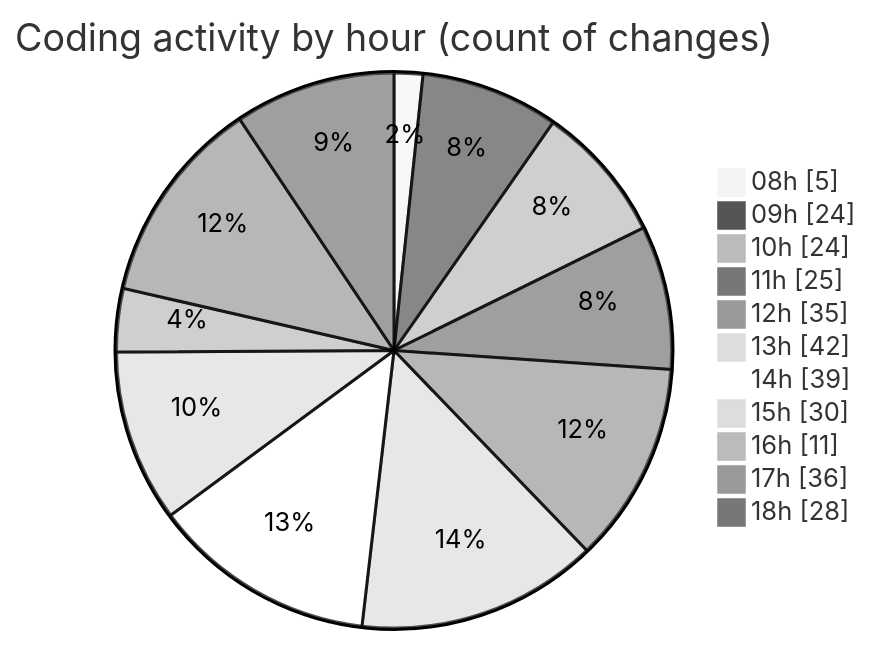
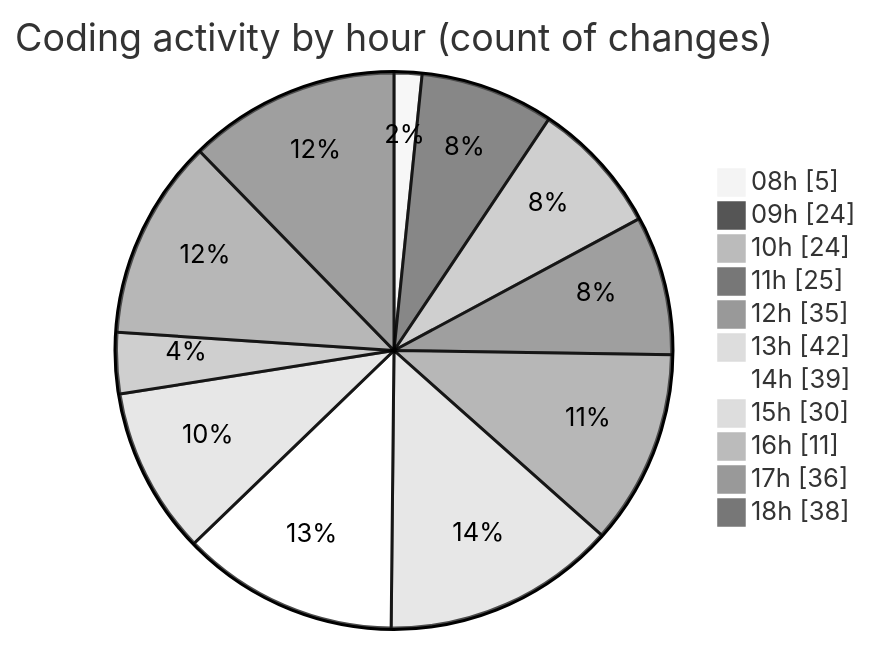
One commit to momahboobian/code-tracking changed the second of 2 diagrams in 2025-11-24/cda/README.md. Above: the diagram before and after it, drawn with Mermaid (neutral theme). The commit also changed other lines of this file and 1 other file, not shown here.

````diff
--- a/2025-11-24/cda/README.md
+++ b/2025-11-24/cda/README.md
@@ -48,15 +48,15 @@
 ```mermaid
 pie showData
 title Coding activity by hour (count of changes)
 "08h" : 5
 "09h" : 24
 "10h" : 24
 "11h" : 25
 "12h" : 35
 "13h" : 42
 "14h" : 39
 "15h" : 30
 "16h" : 11
 "17h" : 36
-"18h" : 28
+"18h" : 38
 ```
````
